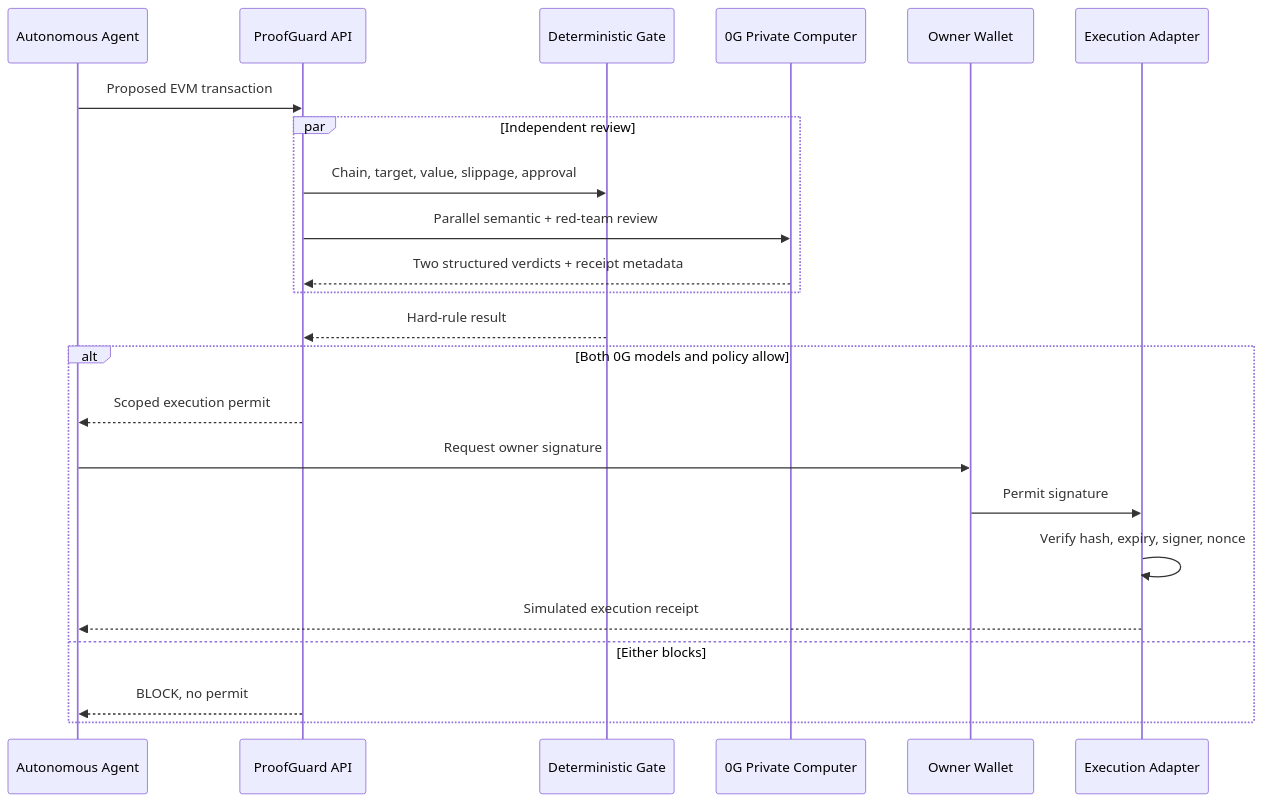
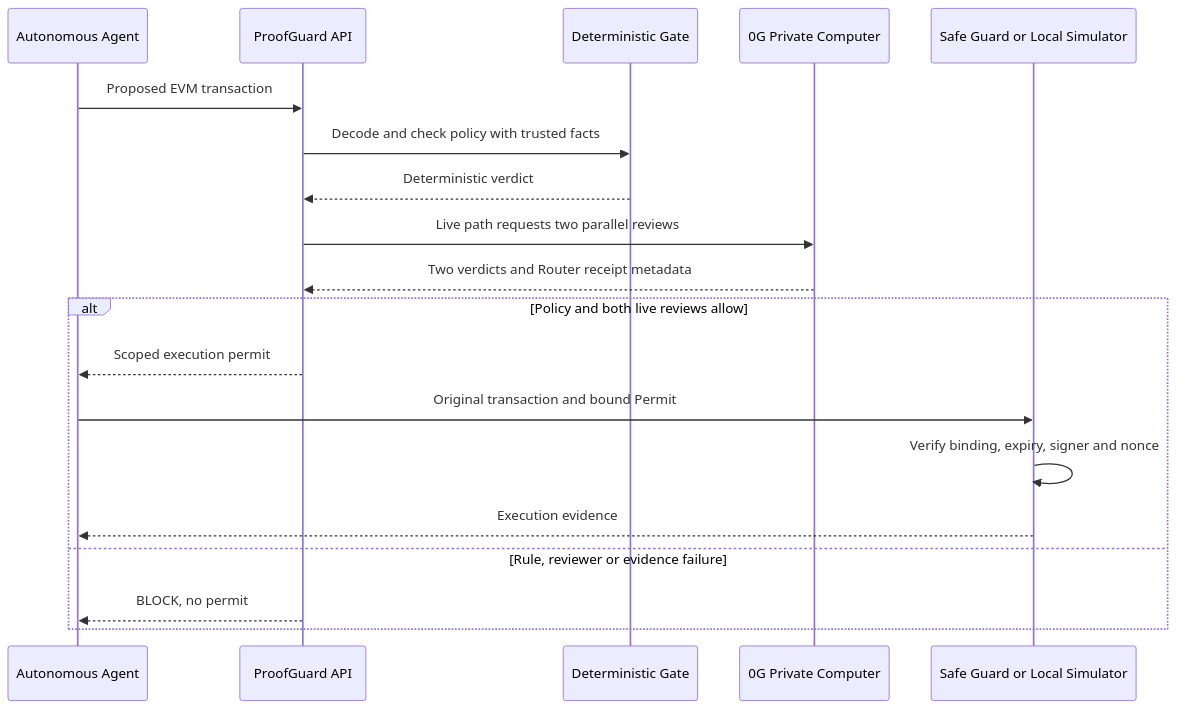
One commit to Fu99966/proofguard-0g changed the diagram in docs/TECHNICAL.md. Above: the diagram before and after it, drawn with Mermaid. The commit also changed other lines of this file, not shown here.

Commit message:
Document the measured role of model reviews

````diff
--- a/docs/TECHNICAL.md
+++ b/docs/TECHNICAL.md
@@ -51,26 +51,22 @@
 ```mermaid
 sequenceDiagram
     participant A as Autonomous Agent
     participant P as ProofGuard API
     participant D as Deterministic Gate
     participant Z as 0G Private Computer
-    participant W as Owner Wallet
-    participant E as Execution Adapter
+    participant E as Safe Guard or Local Simulator
 
     A->>P: Proposed EVM transaction
-    par Independent review
-        P->>D: Chain, target, value, slippage, approval
-        P->>Z: Parallel semantic + red-team review
-        Z-->>P: Two structured verdicts + receipt metadata
-    end
-    D-->>P: Hard-rule result
-    alt Both 0G models and policy allow
+    P->>D: Decode and check policy with trusted facts
+    D-->>P: Deterministic verdict
+    P->>Z: Live path requests two parallel reviews
+    Z-->>P: Two verdicts and Router receipt metadata
+    alt Policy and both live reviews allow
         P-->>A: Scoped execution permit
-        A->>W: Request owner signature
-        W->>E: Permit signature
-        E->>E: Verify hash, expiry, signer, nonce
-        E-->>A: Simulated execution receipt
-    else Either blocks
+        A->>E: Original transaction and bound Permit
+        E->>E: Verify binding, expiry, signer and nonce
+        E-->>A: Execution evidence
+    else Rule, reviewer or evidence failure
         P-->>A: BLOCK, no permit
     end
 ```
````
